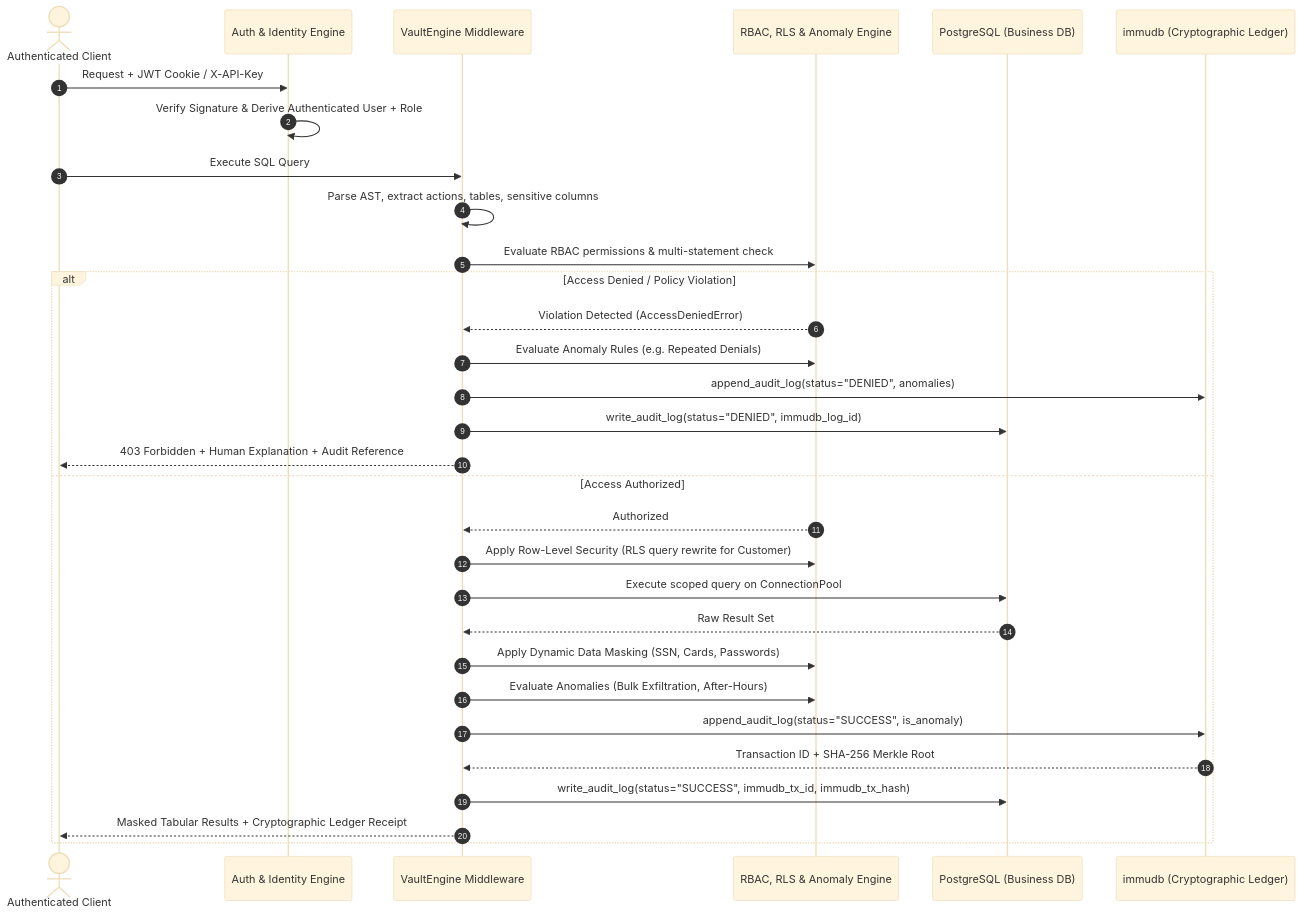
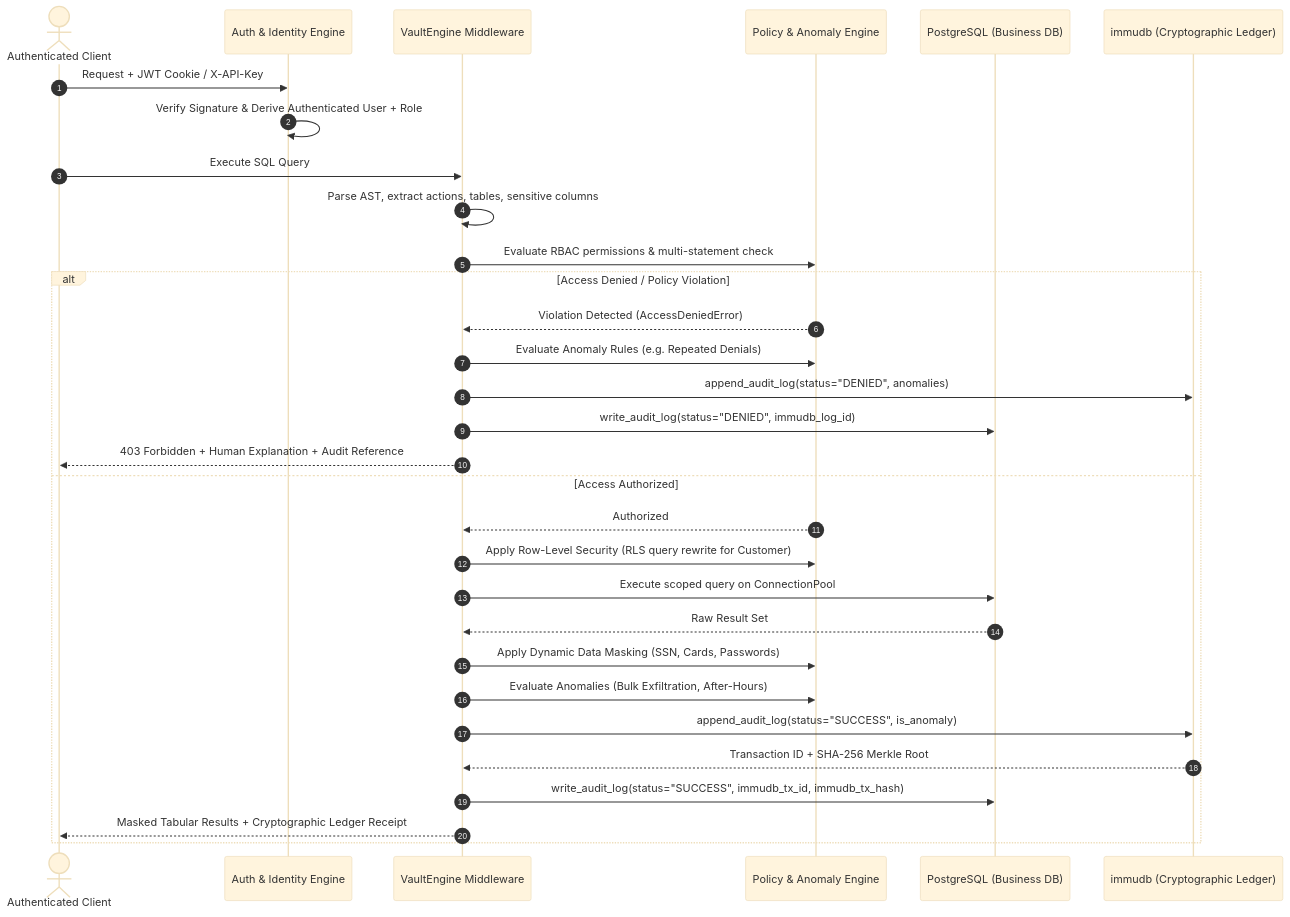
One commit to Sejal-hani/Vault_DB changed the diagram in README.md. Above: the diagram before and after it, drawn with Mermaid (base theme). The commit also changed other lines of this file, not shown here.

````diff
--- a/README.md
+++ b/README.md
@@ -106,35 +136,35 @@
 ```mermaid
 sequenceDiagram
     autonumber
     actor Client as Authenticated Client
     participant Auth as Auth & Identity Engine
     participant Engine as VaultEngine Middleware
-    participant Policy as RBAC, RLS & Anomaly Engine
+    participant Policy as Policy & Anomaly Engine
     participant PG as PostgreSQL (Business DB)
     participant Immu as immudb (Cryptographic Ledger)
 
     Client->>Auth: Request + JWT Cookie / X-API-Key
     Auth->>Auth: Verify Signature & Derive Authenticated User + Role
     Client->>Engine: Execute SQL Query
     Engine->>Engine: Parse AST, extract actions, tables, sensitive columns
     Engine->>Policy: Evaluate RBAC permissions & multi-statement check
 
     alt Access Denied / Policy Violation
         Policy-->>Engine: Violation Detected (AccessDeniedError)
         Engine->>Policy: Evaluate Anomaly Rules (e.g. Repeated Denials)
         Engine->>Immu: append_audit_log(status="DENIED", anomalies)
         Engine->>PG: write_audit_log(status="DENIED", immudb_log_id)
         Engine-->>Client: 403 Forbidden + Human Explanation + Audit Reference
     else Access Authorized
         Policy-->>Engine: Authorized
         Engine->>Policy: Apply Row-Level Security (RLS query rewrite for Customer)
         Engine->>PG: Execute scoped query on ConnectionPool
         PG-->>Engine: Raw Result Set
         Engine->>Policy: Apply Dynamic Data Masking (SSN, Cards, Passwords)
         Engine->>Policy: Evaluate Anomalies (Bulk Exfiltration, After-Hours)
         Engine->>Immu: append_audit_log(status="SUCCESS", is_anomaly)
         Immu-->>Engine: Transaction ID + SHA-256 Merkle Root
         Engine->>PG: write_audit_log(status="SUCCESS", immudb_tx_id, immudb_tx_hash)
         Engine-->>Client: Masked Tabular Results + Cryptographic Ledger Receipt
     end
 ```
````
